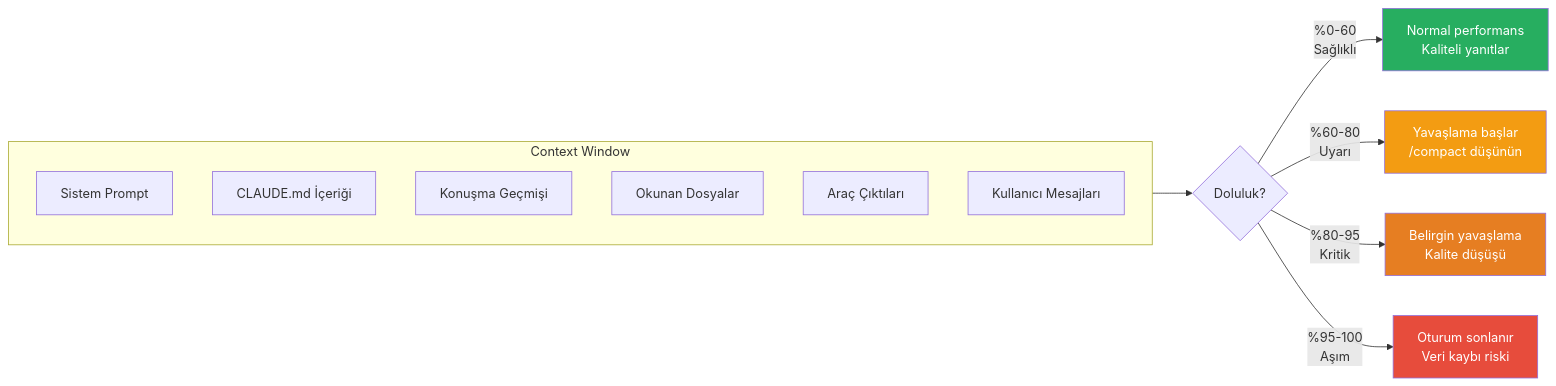
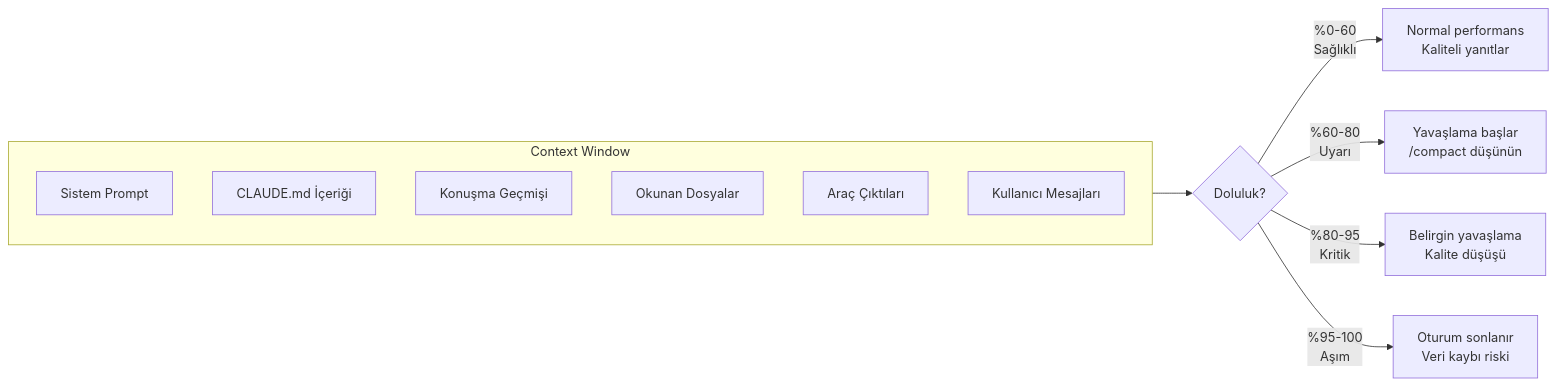
Before and after one commit to IzzetYasinAtes/ClaudeCodeHandbook: the first of 4 diagrams in 21-sorun-giderme/02-context-window-sorunlari.md, drawn with Mermaid. The commit also changed other lines of this file and 97 other files, not shown here.

Commit message:
Remove all custom Mermaid style/fill colors from 98 markdown files for consistent dark theme rendering

````diff
--- a/21-sorun-giderme/02-context-window-sorunlari.md
+++ b/21-sorun-giderme/02-context-window-sorunlari.md
@@ -16,23 +16,19 @@
 ```mermaid
 flowchart LR
     subgraph pencere ["Context Window"]
         direction TB
         A["Sistem Prompt"]
         B["CLAUDE.md İçeriği"]
         C["Konuşma Geçmişi"]
         D["Okunan Dosyalar"]
         E["Araç Çıktıları"]
         F["Kullanıcı Mesajları"]
     end
 
     pencere --> G{"Doluluk?"}
     G -->|"%0-60<br/>Sağlıklı"| H["Normal performans<br/>Kaliteli yanıtlar"]
     G -->|"%60-80<br/>Uyarı"| I["Yavaşlama başlar<br/>/compact düşünün"]
     G -->|"%80-95<br/>Kritik"| J["Belirgin yavaşlama<br/>Kalite düşüşü"]
     G -->|"%95-100<br/>Aşım"| K["Oturum sonlanır<br/>Veri kaybı riski"]
 
-    style H fill:#27AE60,color:#fff
-    style I fill:#F39C12,color:#fff
-    style J fill:#E67E22,color:#fff
-    style K fill:#E74C3C,color:#fff
 ```
````
